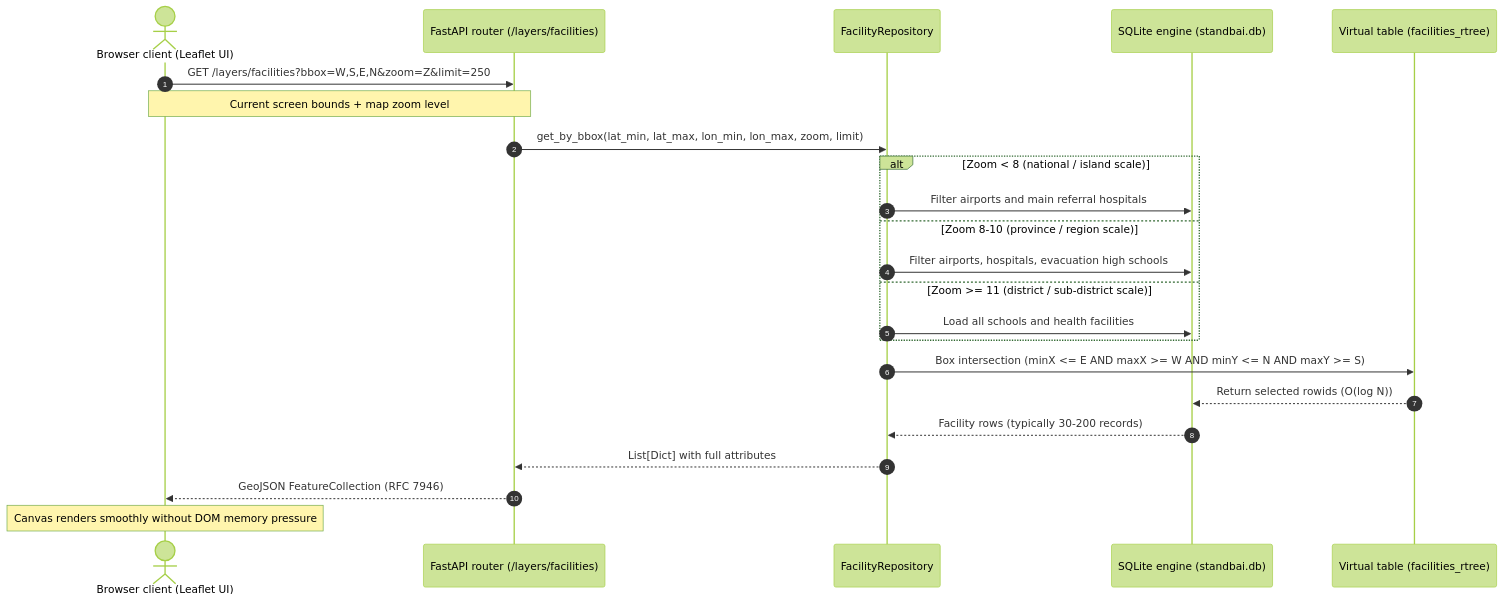
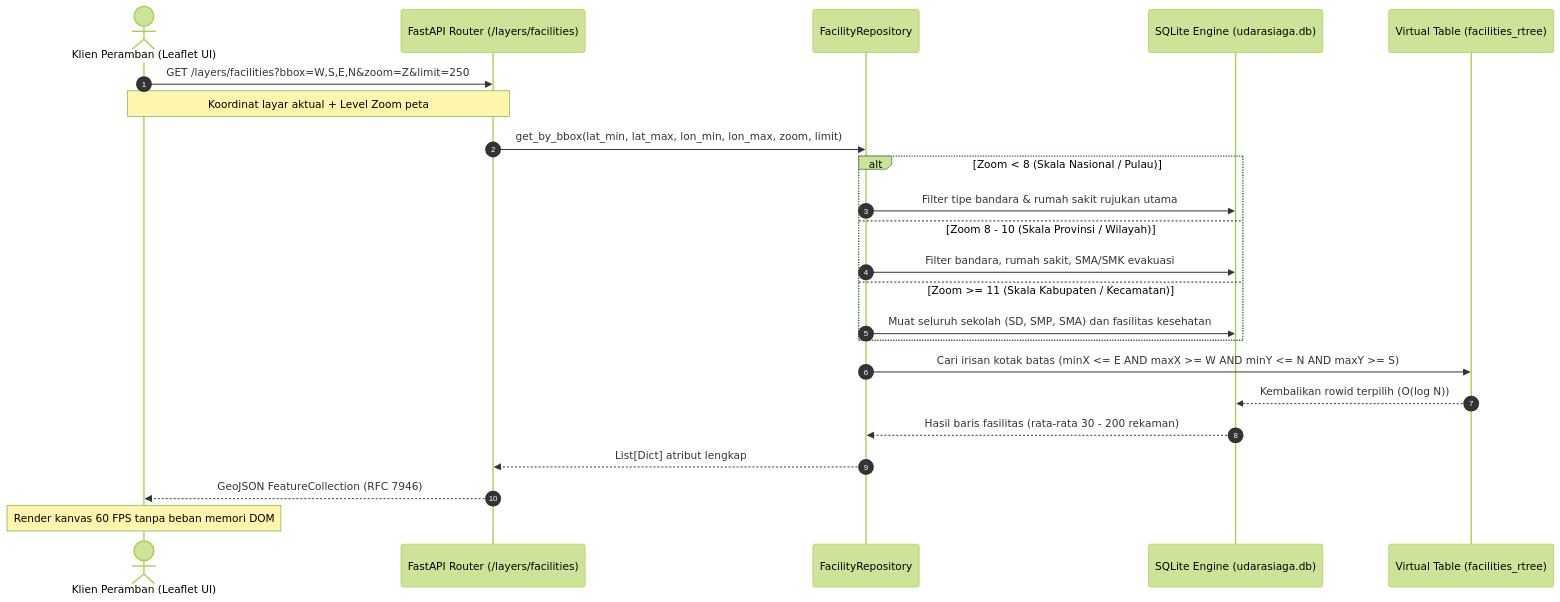
Before and after one commit to ITHACKITS/BE-FORGEHACK-2026: the second of 4 diagrams in docs/DATABASE_ARCHITECTURE.md, drawn with Mermaid (forest theme). The commit also changed other lines of this file and 66 other files, not shown here.

````diff
--- a/docs/DATABASE_ARCHITECTURE.md
+++ b/docs/DATABASE_ARCHITECTURE.md
@@ -37,28 +153,28 @@
 ```mermaid
 sequenceDiagram
     autonumber
-    actor User as Browser client (Leaflet UI)
-    participant API as FastAPI router (/layers/facilities)
+    actor Pengguna as Klien Peramban (Leaflet UI)
+    participant API as FastAPI Router (/layers/facilities)
     participant Repo as FacilityRepository
-    participant DB as SQLite engine (standbai.db)
-    participant RTree as Virtual table (facilities_rtree)
+    participant DB as SQLite Engine (udarasiaga.db)
+    participant RTree as Virtual Table (facilities_rtree)
 
-    User->>API: GET /layers/facilities?bbox=W,S,E,N&zoom=Z&limit=250
-    Note over User,API: Current screen bounds + map zoom level
+    Pengguna->>API: GET /layers/facilities?bbox=W,S,E,N&zoom=Z&limit=250
+    Note over Pengguna,API: Koordinat layar aktual + Level Zoom peta
     API->>Repo: get_by_bbox(lat_min, lat_max, lon_min, lon_max, zoom, limit)
-
-    alt Zoom < 8 (national / island scale)
-        Repo->>DB: Filter airports and main referral hospitals
-    else Zoom 8-10 (province / region scale)
-        Repo->>DB: Filter airports, hospitals, evacuation high schools
-    else Zoom >= 11 (district / sub-district scale)
-        Repo->>DB: Load all schools and health facilities
+    
+    alt Zoom < 8 (Skala Nasional / Pulau)
+        Repo->>DB: Filter tipe bandara & rumah sakit rujukan utama
+    else Zoom 8 - 10 (Skala Provinsi / Wilayah)
+        Repo->>DB: Filter bandara, rumah sakit, SMA/SMK evakuasi
+    else Zoom >= 11 (Skala Kabupaten / Kecamatan)
+        Repo->>DB: Muat seluruh sekolah (SD, SMP, SMA) dan fasilitas kesehatan
     end
 
-    Repo->>RTree: Box intersection (minX <= E AND maxX >= W AND minY <= N AND maxY >= S)
-    RTree-->>DB: Return selected rowids (O(log N))
-    DB-->>Repo: Facility rows (typically 30-200 records)
-    Repo-->>API: List[Dict] with full attributes
-    API-->>User: GeoJSON FeatureCollection (RFC 7946)
-    Note over User: Canvas renders smoothly without DOM memory pressure
+    Repo->>RTree: Cari irisan kotak batas (minX <= E AND maxX >= W AND minY <= N AND maxY >= S)
+    RTree-->>DB: Kembalikan rowid terpilih (O(log N))
+    DB-->>Repo: Hasil baris fasilitas (rata-rata 30 - 200 rekaman)
+    Repo-->>API: List[Dict] atribut lengkap
+    API-->>Pengguna: GeoJSON FeatureCollection (RFC 7946)
+    Note over Pengguna: Render kanvas 60 FPS tanpa beban memori DOM
 ```
````
